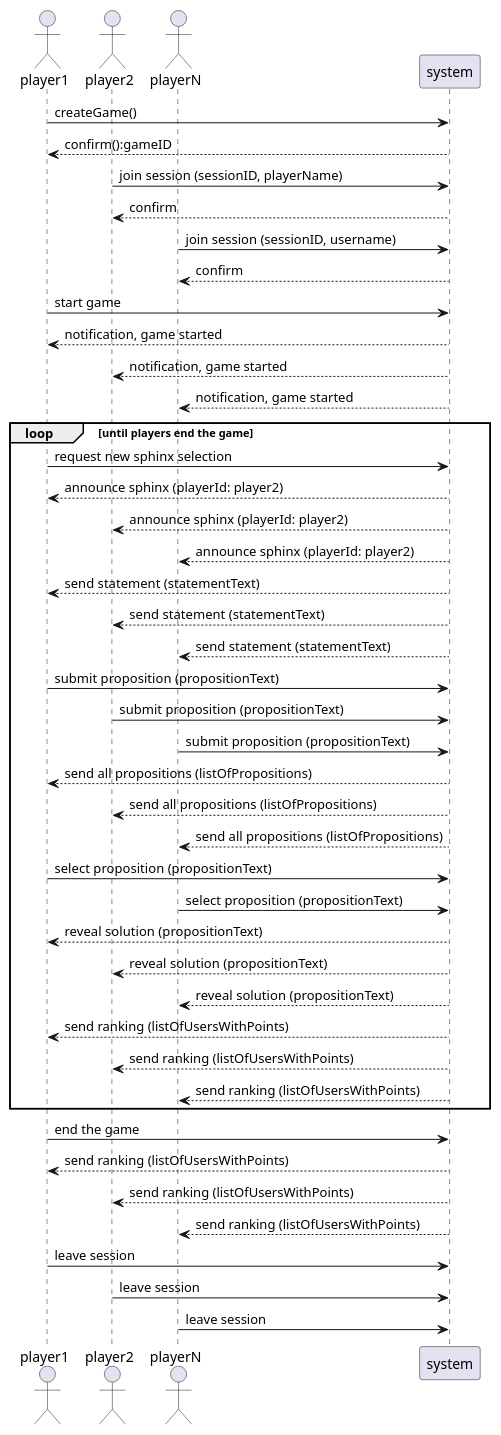
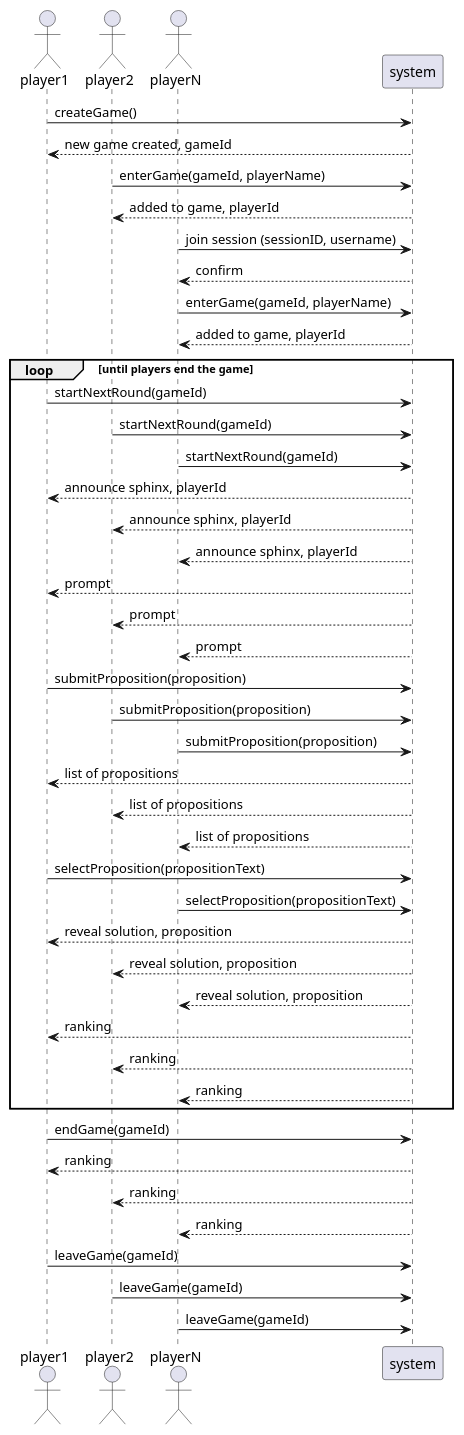
Before and after one commit to patrickwinti/worldwidewalter: the diagram in docs/diagrams/system_sequence_diagram.plantuml, drawn with PlantUML. The commit also changed 1 other file, not shown here.

Commit message:
[WWW-64] update diagrams

```diff
--- a/docs/diagrams/system_sequence_diagram.plantuml
+++ b/docs/diagrams/system_sequence_diagram.plantuml
@@ -1,63 +1,63 @@
 @startuml
 
 actor       player1
 actor       player2
 actor       playerN
 
 
 player1 -> system: createGame()
-system --> player1: confirm():gameID
+system --> player1: new game created, gameId
 
-player2 -> system: join session (sessionID, playerName)
-system --> player2: confirm
+player2 -> system: enterGame(gameId, playerName)
+system --> player2: added to game, playerId
 
 playerN -> system: join session (sessionID, username)
 system --> playerN: confirm
 
-player1 -> system: start game
-system --> player1: notification, game started
-system --> player2: notification, game started
-system --> playerN: notification, game started
+playerN -> system: enterGame(gameId, playerName)
+system --> playerN: added to game, playerId
 
 loop until players end the game
-    player1 -> system: request new sphinx selection
+    player1 -> system: startNextRound(gameId)
+    player2 -> system: startNextRound(gameId)
+    playerN -> system: startNextRound(gameId)
 
-    system --> player1: announce sphinx (playerId: player2)
-    system --> player2: announce sphinx (playerId: player2)
-    system --> playerN: announce sphinx (playerId: player2)
+    system --> player1: announce sphinx, playerId
+    system --> player2: announce sphinx, playerId
+    system --> playerN: announce sphinx, playerId
 
-    system --> player1: send statement (statementText)
-    system --> player2: send statement (statementText)
-    system --> playerN: send statement (statementText)
+    system --> player1: prompt
+    system --> player2: prompt
+    system --> playerN: prompt
 
-    player1 -> system: submit proposition (propositionText)
-    player2 -> system: submit proposition (propositionText)
-    playerN -> system: submit proposition (propositionText)
+    player1 -> system: submitProposition(proposition)
+    player2 -> system: submitProposition(proposition)
+    playerN -> system: submitProposition(proposition)
 
-    system --> player1: send all propositions (listOfPropositions)
-    system --> player2: send all propositions (listOfPropositions)
-    system --> playerN: send all propositions (listOfPropositions)
+    system --> player1: list of propositions
+    system --> player2: list of propositions
+    system --> playerN: list of propositions
 
-    player1 -> system: select proposition (propositionText)
-    playerN -> system: select proposition (propositionText)
+    player1 -> system: selectProposition(propositionText)
+    playerN -> system: selectProposition(propositionText)
 
-    system --> player1: reveal solution (propositionText)
-    system --> player2: reveal solution (propositionText)
-    system --> playerN: reveal solution (propositionText)
+    system --> player1: reveal solution, proposition
+    system --> player2: reveal solution, proposition
+    system --> playerN: reveal solution, proposition
 
-    system --> player1: send ranking (listOfUsersWithPoints)
-    system --> player2: send ranking (listOfUsersWithPoints)
-    system --> playerN: send ranking (listOfUsersWithPoints)
+    system --> player1: ranking
+    system --> player2: ranking
+    system --> playerN: ranking
 end
 
-player1 -> system: end the game
+player1 -> system: endGame(gameId)
 
-system --> player1: send ranking (listOfUsersWithPoints)
-system --> player2: send ranking (listOfUsersWithPoints)
-system --> playerN: send ranking (listOfUsersWithPoints)
+system --> player1: ranking
+system --> player2: ranking
+system --> playerN: ranking
 
-player1 -> system: leave session
-player2 -> system: leave session
-playerN -> system: leave session
+player1 -> system: leaveGame(gameId)
+player2 -> system: leaveGame(gameId)
+playerN -> system: leaveGame(gameId)
 
 @enduml
```
